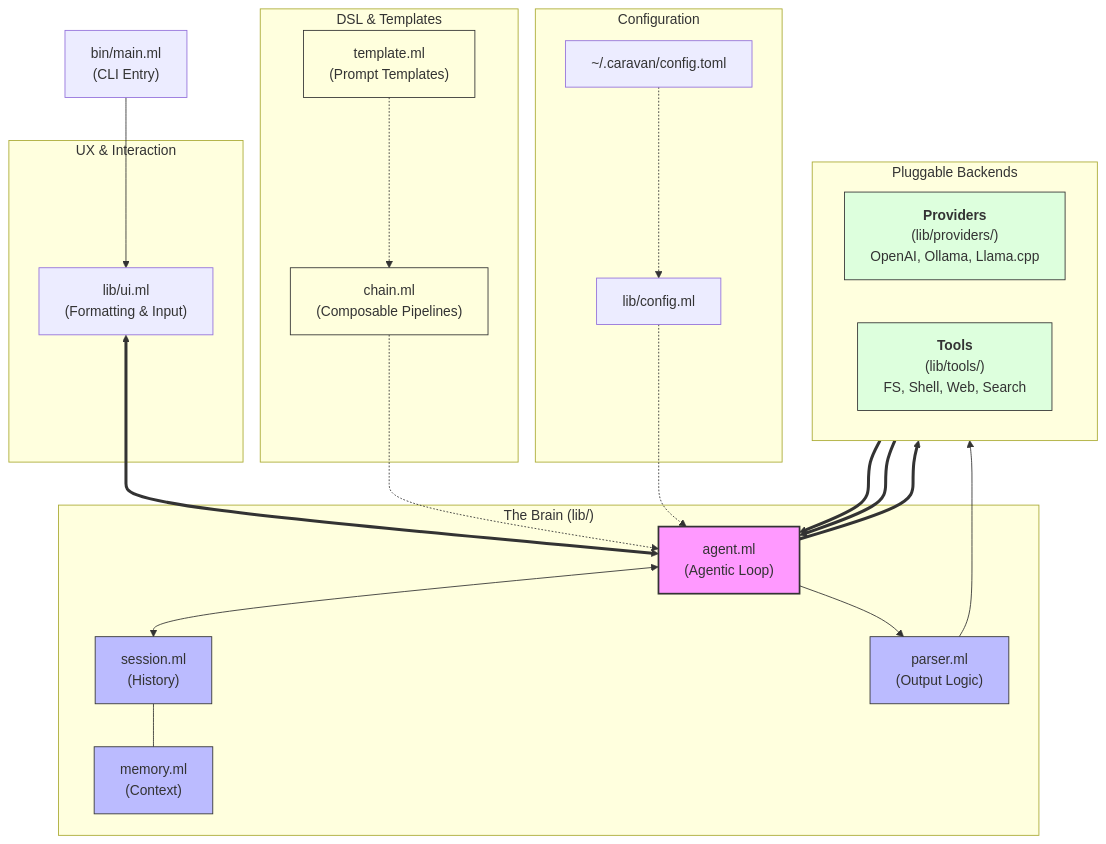
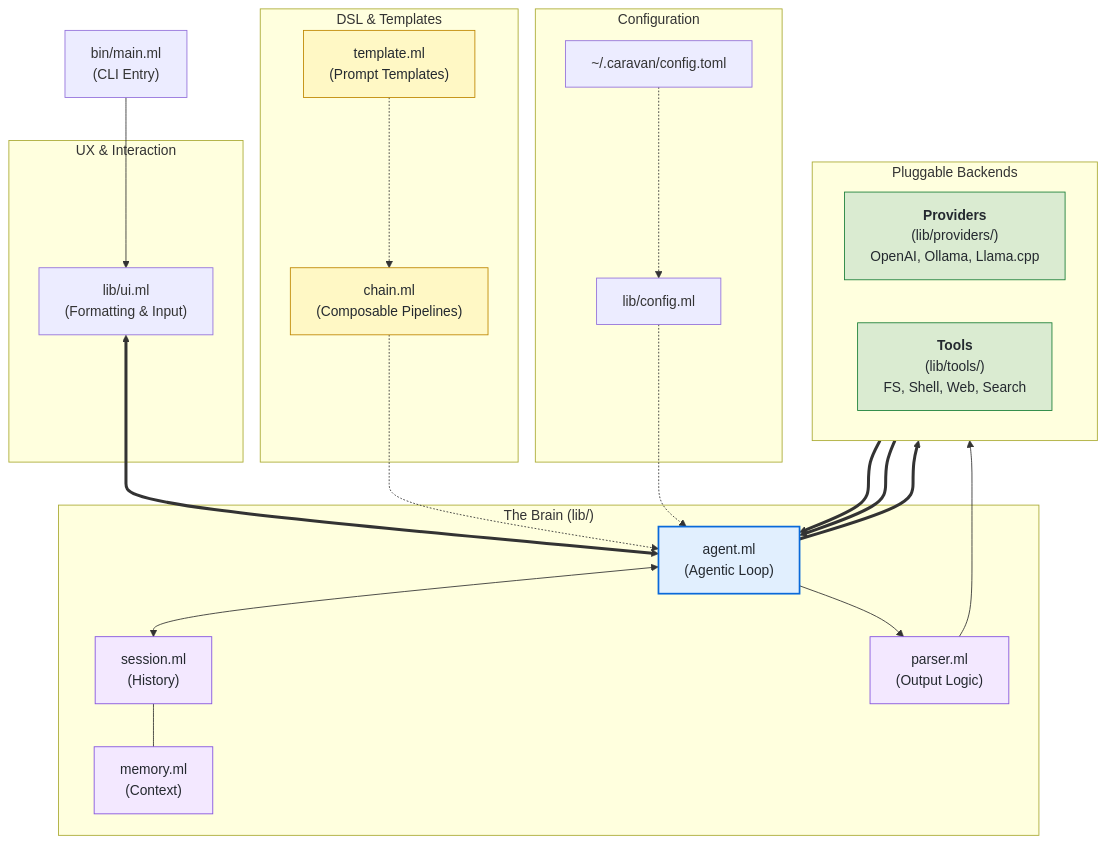
One commit to adukhan99/Caravan changed the diagram in docs/architecture.md. Above: the diagram before and after it, drawn with Mermaid.

Commit message:
chore: update mermaid diag colouring

````diff
--- a/docs/architecture.md
+++ b/docs/architecture.md
@@ -5,63 +5,63 @@
 ```mermaid
 flowchart TB
     %% Nodes
     Entry["bin/main.ml<br/>(CLI Entry)"]
     
     subgraph UI_Layer ["UX & Interaction"]
         UI["lib/ui.ml<br/>(Formatting & Input)"]
     end
 
     subgraph Orchestrator ["The Brain (lib/)"]
         Agent["agent.ml<br/>(Agentic Loop)"]
         Session["session.ml<br/>(History)"]
         Memory["memory.ml<br/>(Context)"]
         Parser["parser.ml<br/>(Output Logic)"]
     end
 
     subgraph DSL_Layer ["DSL & Templates"]
         Chain["chain.ml<br/>(Composable Pipelines)"]
         Template["template.ml<br/>(Prompt Templates)"]
     end
 
     subgraph Interface ["Pluggable Backends"]
         direction LR
         Providers["<b>Providers</b><br/>(lib/providers/)<br/>OpenAI, Ollama, Llama.cpp"]
         Tools["<b>Tools</b><br/>(lib/tools/)<br/>FS, Shell, Web, Search"]
     end
 
     subgraph Settings ["Configuration"]
         TOML["~/.caravan/config.toml"]
         Config["lib/config.ml"]
     end
 
     %% Connections
     Entry --> UI
     UI <==> Agent
     
     Agent <--> Session
     Session --- Memory
     
     Agent ==> Providers
     Providers ==> Agent
     
     Agent --> Parser
     Parser --> Tools
     Tools ==> Agent
 
     Chain -.-> Agent
     Template -.-> Chain
 
     TOML -.-> Config
     Config -.-> Agent
 
     %% Styling
-    classDef primary fill:#f9f,stroke:#333,stroke-width:2px;
-    classDef secondary fill:#bbf,stroke:#333,stroke-width:1px;
-    classDef interface fill:#dfd,stroke:#333,stroke-width:1px;
-    classDef dsl fill:#ffd,stroke:#333,stroke-width:1px;
+    classDef primary fill:#e1effe,stroke:#0969da,stroke-width:2px,color:#24292f;
+    classDef secondary fill:#f3e8ff,stroke:#8250df,stroke-width:1px,color:#24292f;
+    classDef interface fill:#daebd1,stroke:#1a7f37,stroke-width:1px,color:#24292f;
+    classDef dsl fill:#fff8c5,stroke:#bf8700,stroke-width:1px,color:#24292f;
     
     class Agent primary;
     class Session,Memory,Parser secondary;
     class Providers,Tools interface;
     class Chain,Template dsl;
 ```
````
